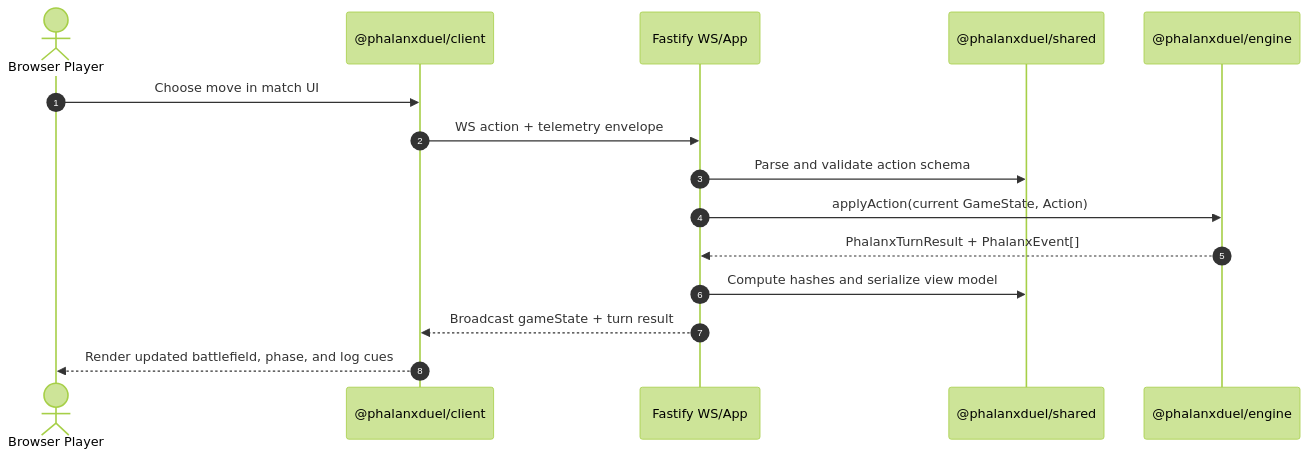
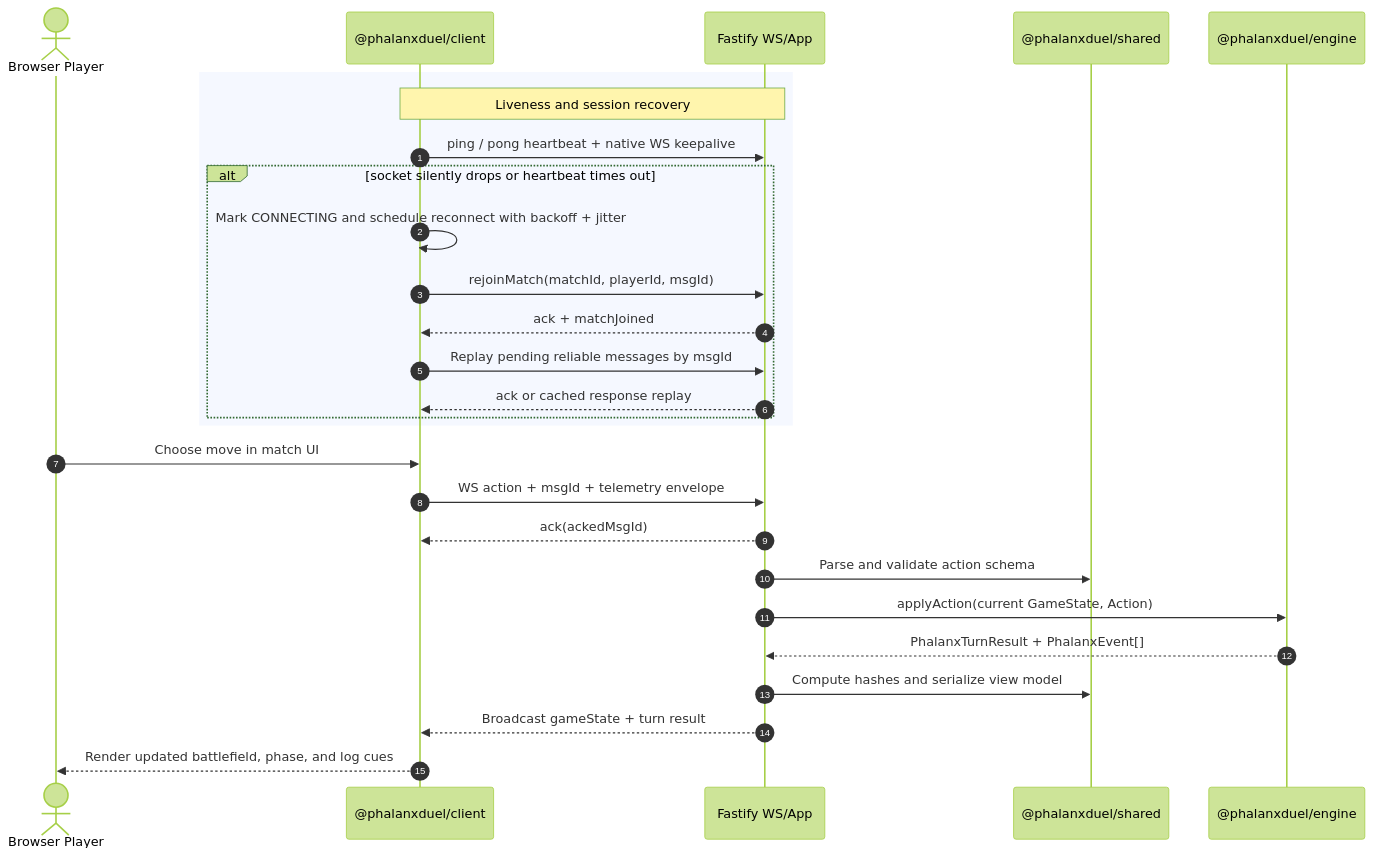
One commit to phalanxduel/phalanxduel changed the diagram in docs/system/gameplay-sequence-1.mmd. Above: the diagram before and after it, drawn with Mermaid (forest theme). The commit also changed 9 other files, not shown here.

```diff
--- a/docs/system/gameplay-sequence-1.mmd
+++ b/docs/system/gameplay-sequence-1.mmd
@@ -1,16 +1,29 @@
 sequenceDiagram
   autonumber
   actor Player as Browser Player
   participant Client as @phalanxduel/client
   participant Server as Fastify WS/App
   participant Shared as @phalanxduel/shared
   participant Engine as @phalanxduel/engine
 
+  rect rgb(245, 248, 255)
+    Note over Client,Server: Liveness and session recovery
+    Client->>Server: ping / pong heartbeat + native WS keepalive
+    alt socket silently drops or heartbeat times out
+      Client->>Client: Mark CONNECTING and schedule reconnect with backoff + jitter
+      Client->>Server: rejoinMatch(matchId, playerId, msgId)
+      Server-->>Client: ack + matchJoined
+      Client->>Server: Replay pending reliable messages by msgId
+      Server-->>Client: ack or cached response replay
+    end
+  end
+
   Player->>Client: Choose move in match UI
-  Client->>Server: WS action + telemetry envelope
+  Client->>Server: WS action + msgId + telemetry envelope
+  Server-->>Client: ack(ackedMsgId)
   Server->>Shared: Parse and validate action schema
   Server->>Engine: applyAction(current GameState, Action)
   Engine-->>Server: PhalanxTurnResult + PhalanxEvent[]
   Server->>Shared: Compute hashes and serialize view model
   Server-->>Client: Broadcast gameState + turn result
   Client-->>Player: Render updated battlefield, phase, and log cues
```
